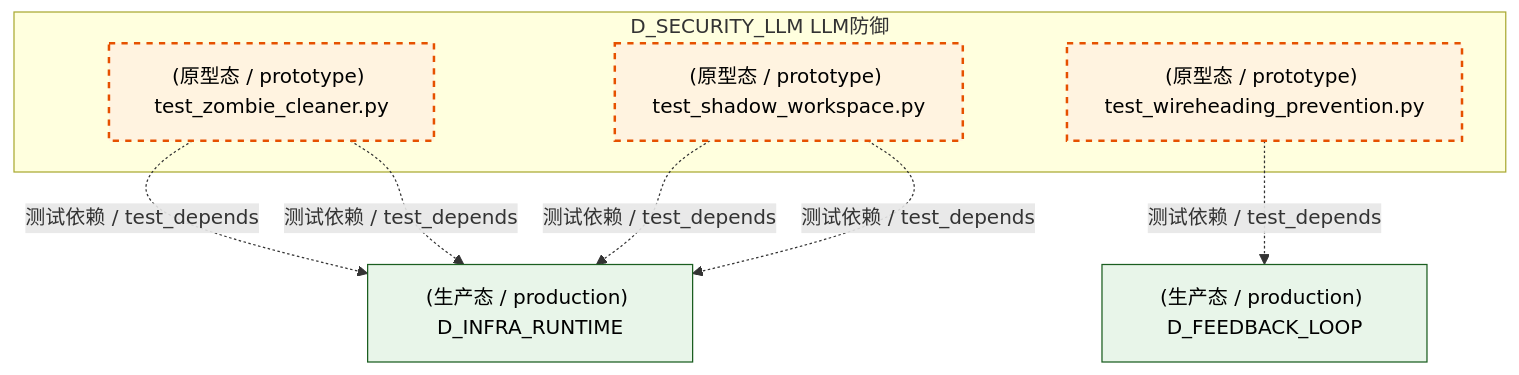
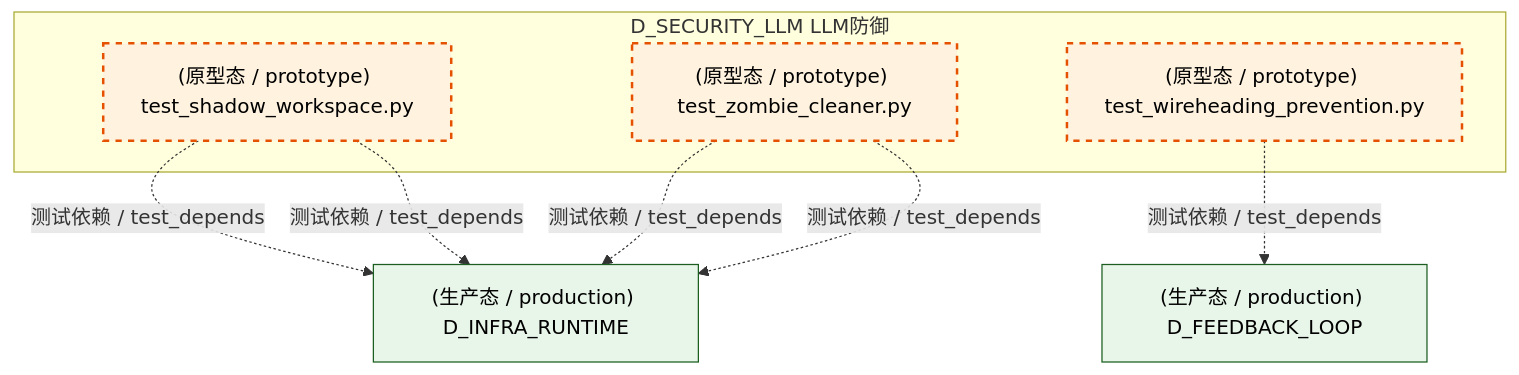
Before and after one commit to xuanFelixVan/ZephyrAlpha: the third of 6 diagrams in docs/02_enterprise_architecture/02_domain_architecture_docs/25_d_security_llm.md, drawn with Mermaid. The commit also changed other lines of this file and 124 other files, not shown here.

````diff
--- a/docs/02_enterprise_architecture/02_domain_architecture_docs/25_d_security_llm.md
+++ b/docs/02_enterprise_architecture/02_domain_architecture_docs/25_d_security_llm.md
@@ -276,21 +273,21 @@
 ```mermaid
 graph TD
     subgraph D_SECURITY_LLM["D_SECURITY_LLM LLM防御"]
         tests_llm_security_test_shadow_workspace_py["(原型态 / prototype) test_shadow_workspace.py"]
         tests_llm_security_test_wireheading_prevention_py["(原型态 / prototype) test_wireheading_prevention.py"]
         tests_llm_security_test_zombie_cleaner_py["(原型态 / prototype) test_zombie_cleaner.py"]
     end
+    D_FEEDBACK_LOOP["(生产态 / production) D_FEEDBACK_LOOP"]
+    tests_llm_security_test_wireheading_prevention_py -.->|测试依赖 / test_depends| D_FEEDBACK_LOOP
     D_INFRA_RUNTIME["(生产态 / production) D_INFRA_RUNTIME"]
+    tests_llm_security_test_shadow_workspace_py -.->|测试依赖 / test_depends| D_INFRA_RUNTIME
+    tests_llm_security_test_shadow_workspace_py -.->|测试依赖 / test_depends| D_INFRA_RUNTIME
     tests_llm_security_test_zombie_cleaner_py -.->|测试依赖 / test_depends| D_INFRA_RUNTIME
     tests_llm_security_test_zombie_cleaner_py -.->|测试依赖 / test_depends| D_INFRA_RUNTIME
-    D_FEEDBACK_LOOP["(生产态 / production) D_FEEDBACK_LOOP"]
-    tests_llm_security_test_wireheading_prevention_py -.->|测试依赖 / test_depends| D_FEEDBACK_LOOP
-    tests_llm_security_test_shadow_workspace_py -.->|测试依赖 / test_depends| D_INFRA_RUNTIME
-    tests_llm_security_test_shadow_workspace_py -.->|测试依赖 / test_depends| D_INFRA_RUNTIME
     classDef production fill:#e1f5fe,stroke:#01579b,stroke-width:2px,color:#000
     classDef design fill:#fff3e0,stroke:#e65100,stroke-width:2px,color:#000,stroke-dasharray: 5 5
     classDef external_prod fill:#e8f5e9,stroke:#1b5e20,stroke-width:1px,color:#000
     classDef external_design fill:#fce4ec,stroke:#880e4f,stroke-width:1px,color:#000,stroke-dasharray: 5 5
     class tests_llm_security_test_shadow_workspace_py,tests_llm_security_test_wireheading_prevention_py,tests_llm_security_test_zombie_cleaner_py design
-    class D_INFRA_RUNTIME,D_FEEDBACK_LOOP external_prod
+    class D_FEEDBACK_LOOP,D_INFRA_RUNTIME external_prod
 ```
````
